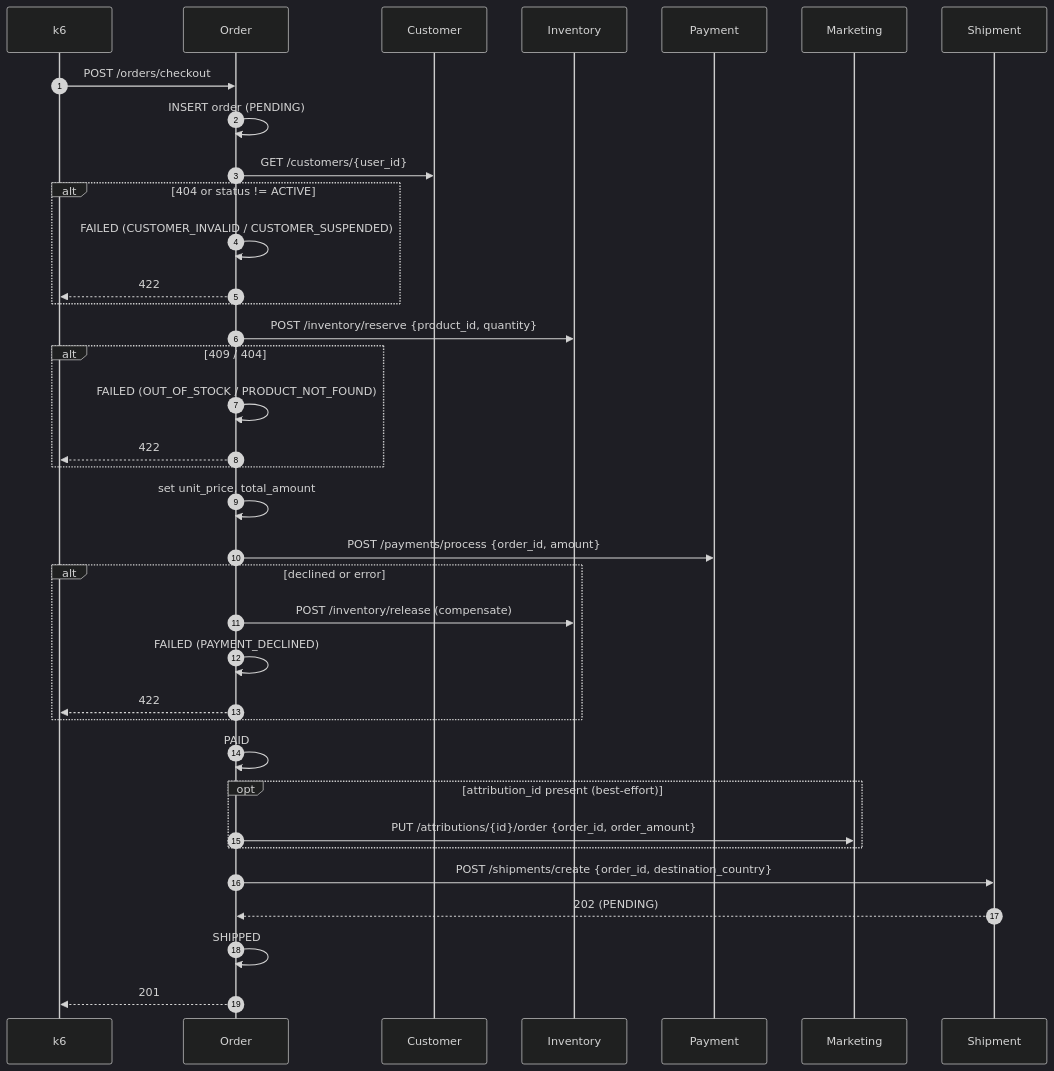
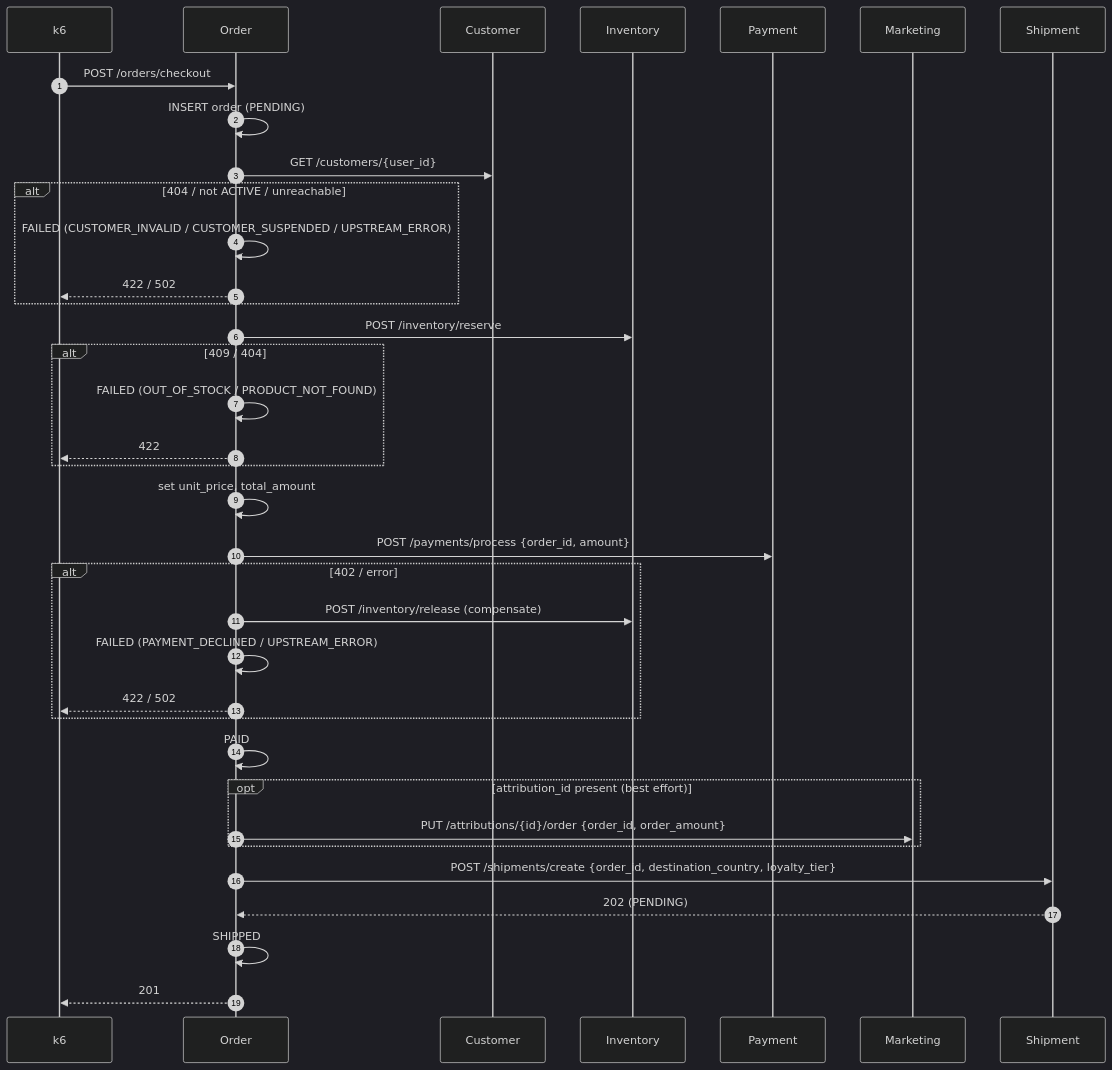
The second of 2 diagrams in docs/microservices/order-service.md (poph2/datastack), drawn with Mermaid (dark theme) before and after one commit. The commit also changed other lines of this file and 87 other files, not shown here.

````diff
--- a/docs/microservices/order-service.md
+++ b/docs/microservices/order-service.md
@@ -103,39 +92,39 @@
 ```mermaid
 sequenceDiagram
   autonumber
   participant k6
   participant O as Order
   participant C as Customer
   participant I as Inventory
   participant P as Payment
   participant M as Marketing
   participant S as Shipment
 
   k6->>O: POST /orders/checkout
   O->>O: INSERT order (PENDING)
   O->>C: GET /customers/{user_id}
-  alt 404 or status != ACTIVE
-    O->>O: FAILED (CUSTOMER_INVALID / CUSTOMER_SUSPENDED)
-    O-->>k6: 422
+  alt 404 / not ACTIVE / unreachable
+    O->>O: FAILED (CUSTOMER_INVALID / CUSTOMER_SUSPENDED / UPSTREAM_ERROR)
+    O-->>k6: 422 / 502
   end
-  O->>I: POST /inventory/reserve {product_id, quantity}
+  O->>I: POST /inventory/reserve
   alt 409 / 404
     O->>O: FAILED (OUT_OF_STOCK / PRODUCT_NOT_FOUND)
     O-->>k6: 422
   end
   O->>O: set unit_price, total_amount
   O->>P: POST /payments/process {order_id, amount}
-  alt declined or error
+  alt 402 / error
     O->>I: POST /inventory/release (compensate)
-    O->>O: FAILED (PAYMENT_DECLINED)
-    O-->>k6: 422
+    O->>O: FAILED (PAYMENT_DECLINED / UPSTREAM_ERROR)
+    O-->>k6: 422 / 502
   end
   O->>O: PAID
-  opt attribution_id present (best-effort)
+  opt attribution_id present (best effort)
     O->>M: PUT /attributions/{id}/order {order_id, order_amount}
   end
-  O->>S: POST /shipments/create {order_id, destination_country}
+  O->>S: POST /shipments/create {order_id, destination_country, loyalty_tier}
   S-->>O: 202 (PENDING)
   O->>O: SHIPPED
   O-->>k6: 201
 ```
````
